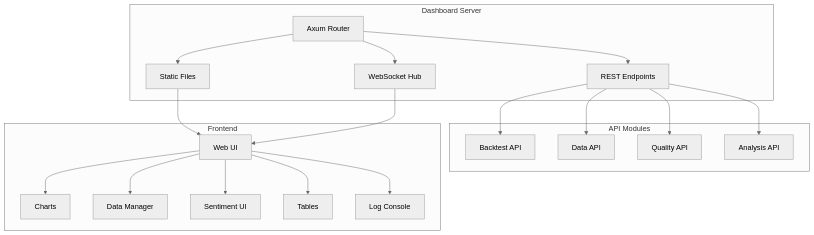
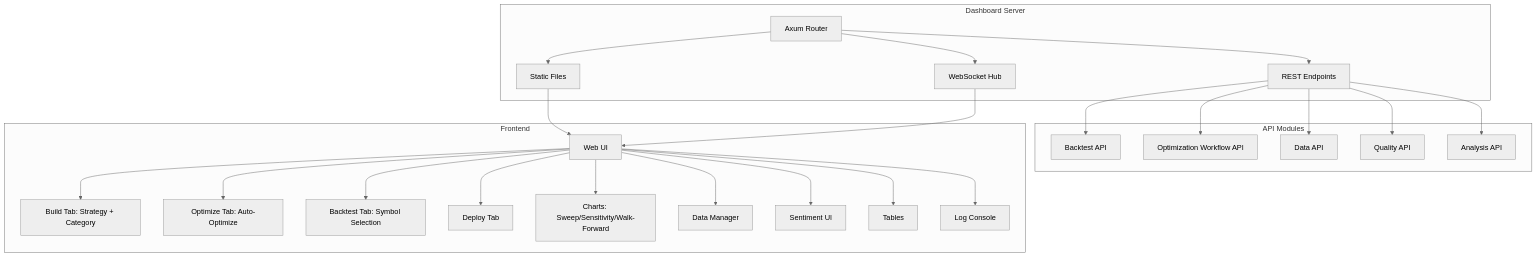
One commit to afobsidian/AlphaField changed the sixth of 10 diagrams in doc/architecture.md. Above: the diagram before and after it, drawn with Mermaid (neutral theme). The commit also changed 2 other files, not shown here.

First paragraph of the commit message:
Update README and roadmap to reflect new optimization workflow
Updated documentation to reflect the comprehensive parameter optimization
workflow and restructured dashboard architecture.

````diff
--- a/doc/architecture.md
+++ b/doc/architecture.md
@@ -222,40 +222,50 @@
 ```mermaid
 graph TD
     subgraph "Dashboard Server"
         Axum[Axum Router]
         REST[REST Endpoints]
         WS[WebSocket Hub]
         Static[Static Files]
     end
     
     subgraph "API Modules"
         BacktestAPI[Backtest API]
+        WorkflowAPI[Optimization Workflow API]
         DataAPI[Data API]
         QualityAPI[Quality API]
         AnalysisAPI[Analysis API]
     end
     
     subgraph "Frontend"
         UI[Web UI]
-        Charts[Charts]
+        BuildTab[Build Tab: Strategy + Category]
+        OptimizeTab[Optimize Tab: Auto-Optimize]
+        BacktestTab[Backtest Tab: Symbol Selection]
+        DeployTab[Deploy Tab]
+        Charts[Charts: Sweep/Sensitivity/Walk-Forward]
         DataManager[Data Manager]
         SentimentUI[Sentiment UI]
         Tables[Tables]
         Console[Log Console]
     end
     
     Axum --> REST
     Axum --> WS
     Axum --> Static
     REST --> BacktestAPI
+    REST --> WorkflowAPI
     REST --> DataAPI
     REST --> QualityAPI
     REST --> AnalysisAPI
     Static --> UI
+    UI --> BuildTab
+    UI --> OptimizeTab
+    UI --> BacktestTab
+    UI --> DeployTab
     UI --> Charts
     UI --> DataManager
     UI --> SentimentUI
     UI --> Tables
     UI --> Console
     WS --> UI
 ```
````
